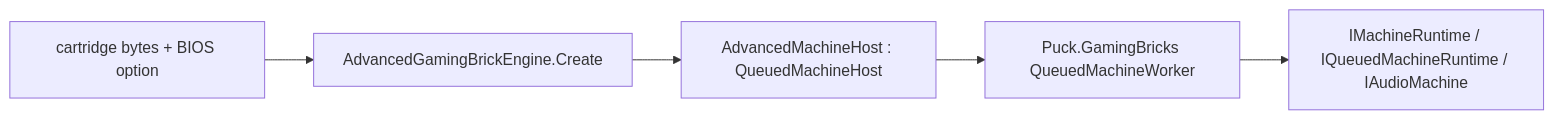
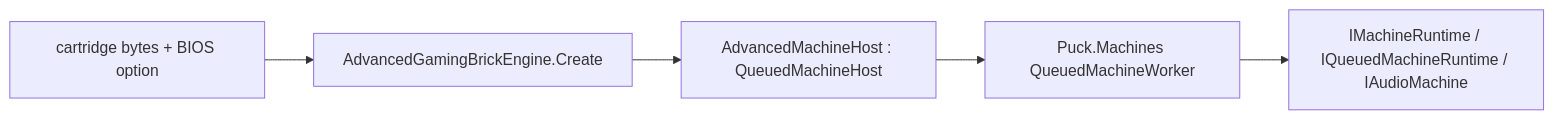
The diagram in docs/emulation/agb/embedding.md (ByteTerrace/Puck), drawn with Mermaid before and after one commit. The commit also changed other lines of this file and 2677 other files, not shown here.

First line of the commit message:
graphics: the render graph's pass packages, counted-cost ceilings, portals as the flagship, build mode, and the Deck

````diff
--- a/docs/emulation/agb/embedding.md
+++ b/docs/emulation/agb/embedding.md
@@ -45,7 +45,7 @@
 ```mermaid
 flowchart LR
     Bytes["cartridge bytes + BIOS option"] --> Engine["AdvancedGamingBrickEngine.Create"]
     Engine --> Host["AdvancedMachineHost : QueuedMachineHost"]
-    Host --> Worker["Puck.GamingBricks QueuedMachineWorker"]
+    Host --> Worker["Puck.Machines QueuedMachineWorker"]
     Worker --> Surface["IMachineRuntime / IQueuedMachineRuntime / IAudioMachine"]
 ```
````
